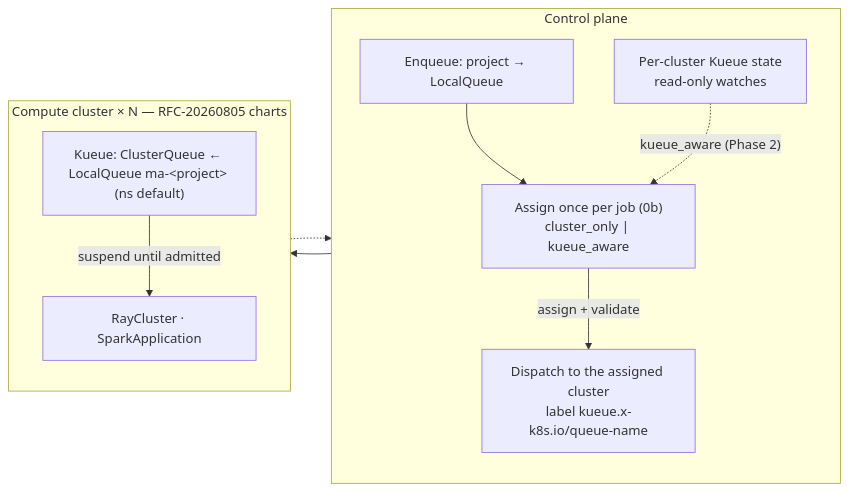
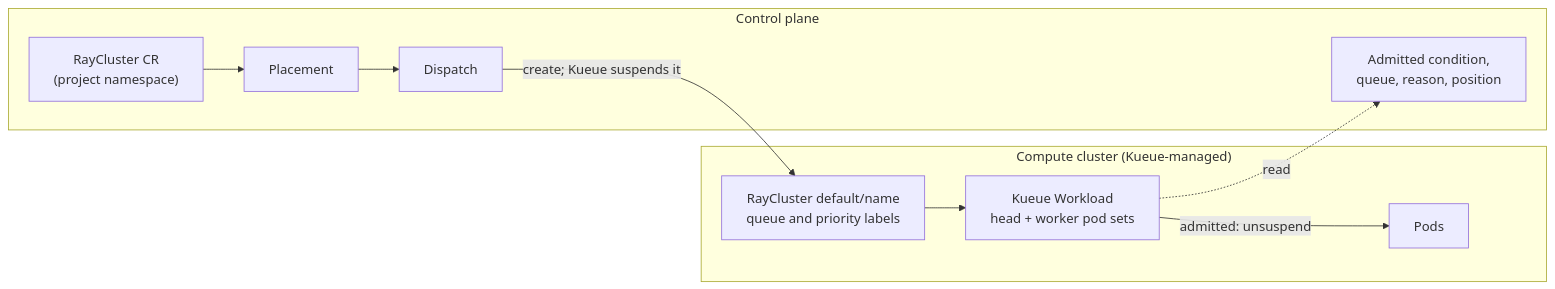
Before and after one commit to michelangelo-ai/enhancements: the diagram in rfcs/20260731-kueue-integration/20260731-kueue-integration.md, drawn with Mermaid. The commit also changed other lines of this file, not shown here.

First line of the commit message:
rfc(kueue): rewrite as the Kueue integration for Michelangelo jobs

````diff
--- a/rfcs/20260731-kueue-integration/20260731-kueue-integration.md
+++ b/rfcs/20260731-kueue-integration/20260731-kueue-integration.md
@@ -78,21 +81,14 @@
 ```mermaid
 flowchart LR
-    subgraph cp["Control plane"]
-        direction TB
-        enq["Enqueue: project → LocalQueue"]
-        sel["Assign once per job (0b)<br/>cluster_only | kueue_aware"]
-        st["Per-cluster Kueue state<br/>read-only watches"]
-        disp["Dispatch to the assigned cluster<br/>label kueue.x-k8s.io/queue-name"]
-        enq --> sel
-        st -.->|"kueue_aware (Phase 2)"| sel
-        sel -->|"assign + validate"| disp
-    end
-    subgraph cc["Compute cluster × N — RFC-20260805 charts"]
-        direction TB
-        kq["Kueue: ClusterQueue ← LocalQueue ma-&lt;project&gt; (ns default)"]
-        w["RayCluster · SparkApplication"]
-        kq -->|"suspend until admitted"| w
-    end
-    disp --> w
-    kq -.-> st
+  subgraph CP["Control plane"]
+    job["RayCluster CR<br/>(project namespace)"] --> place["Placement"]
+    place --> disp["Dispatch"]
+    stat["Admitted condition,<br/>queue, reason, position"]
+  end
+  subgraph CC["Compute cluster (Kueue-managed)"]
+    rc["RayCluster default/name<br/>queue and priority labels"] --> wl["Kueue Workload<br/>head + worker pod sets"]
+    wl -->|"admitted: unsuspend"| pods["Pods"]
+  end
+  disp -->|"create; Kueue suspends it"| rc
+  wl -.->|"read"| stat
 ```
````
